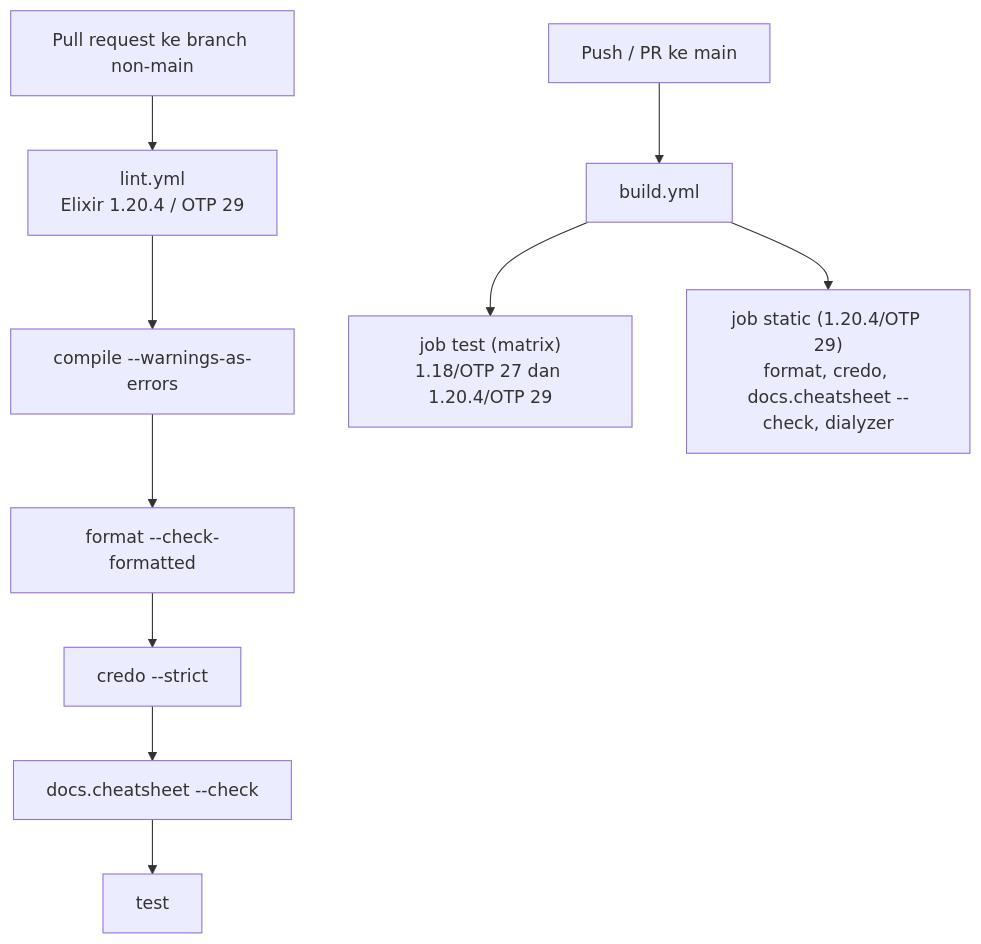
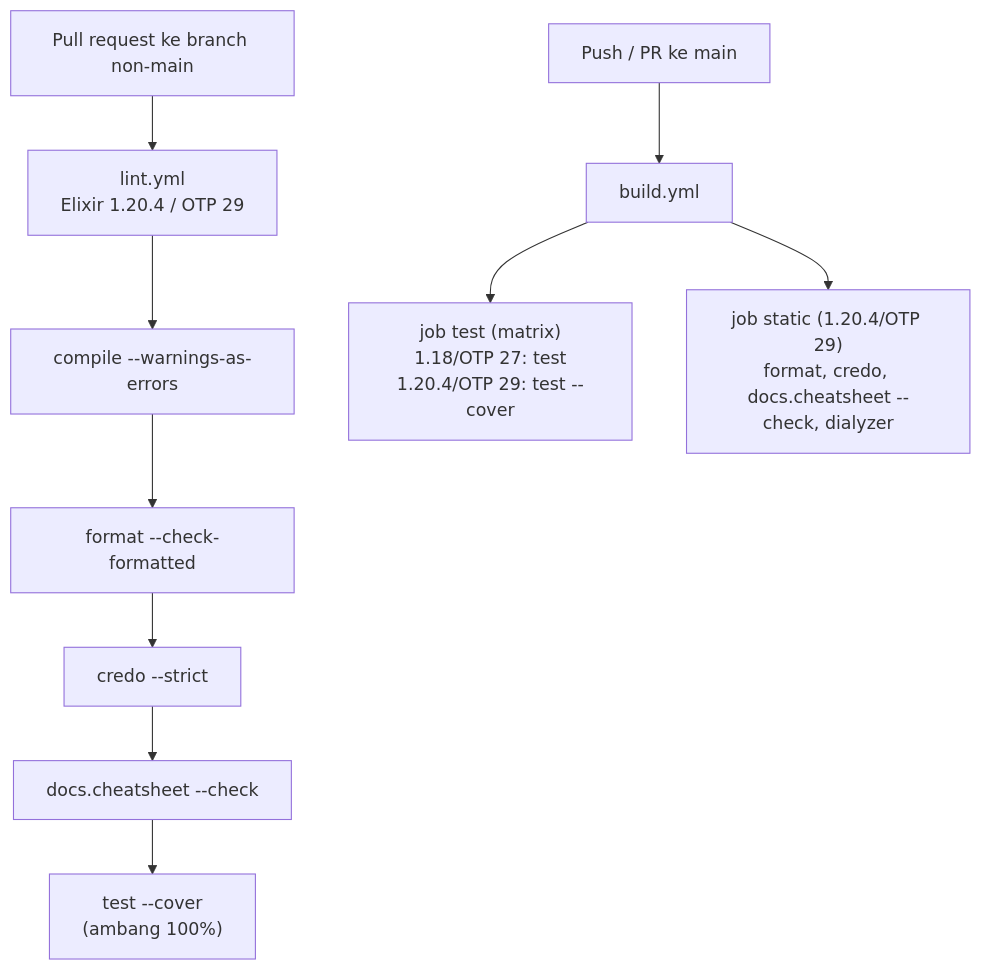
Diagram 12 of 12 in docs/architecture.md (muzhawir/neo_faker), drawn with Mermaid before and after one commit. The commit also changed other lines of this file and 5 other files, not shown here.

````diff
--- a/docs/architecture.md
+++ b/docs/architecture.md
@@ -800,9 +800,9 @@
 ```mermaid
 flowchart TB
     PR["Pull request ke branch non-main"] --> LINT["lint.yml<br/>Elixir 1.20.4 / OTP 29"]
-    LINT --> L1["compile --warnings-as-errors"] --> L2["format --check-formatted"] --> L3["credo --strict"] --> L4["docs.cheatsheet --check"] --> L5["test"]
+    LINT --> L1["compile --warnings-as-errors"] --> L2["format --check-formatted"] --> L3["credo --strict"] --> L4["docs.cheatsheet --check"] --> L5["test --cover<br/>(ambang 100%)"]
 
     MAIN["Push / PR ke main"] --> BUILD["build.yml"]
-    BUILD --> T["job test (matrix)<br/>1.18/OTP 27 dan 1.20.4/OTP 29"]
+    BUILD --> T["job test (matrix)<br/>1.18/OTP 27: test<br/>1.20.4/OTP 29: test --cover"]
     BUILD --> S["job static (1.20.4/OTP 29)<br/>format, credo, docs.cheatsheet --check, dialyzer"]
 ```
````
